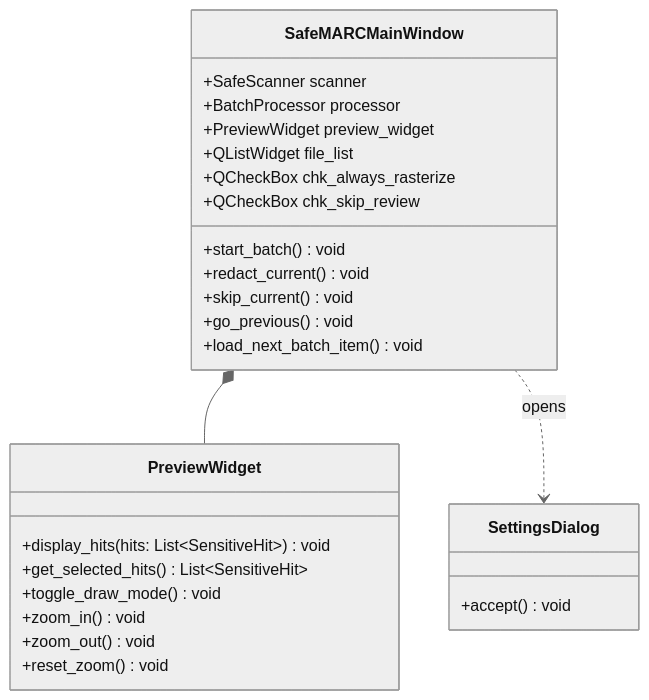
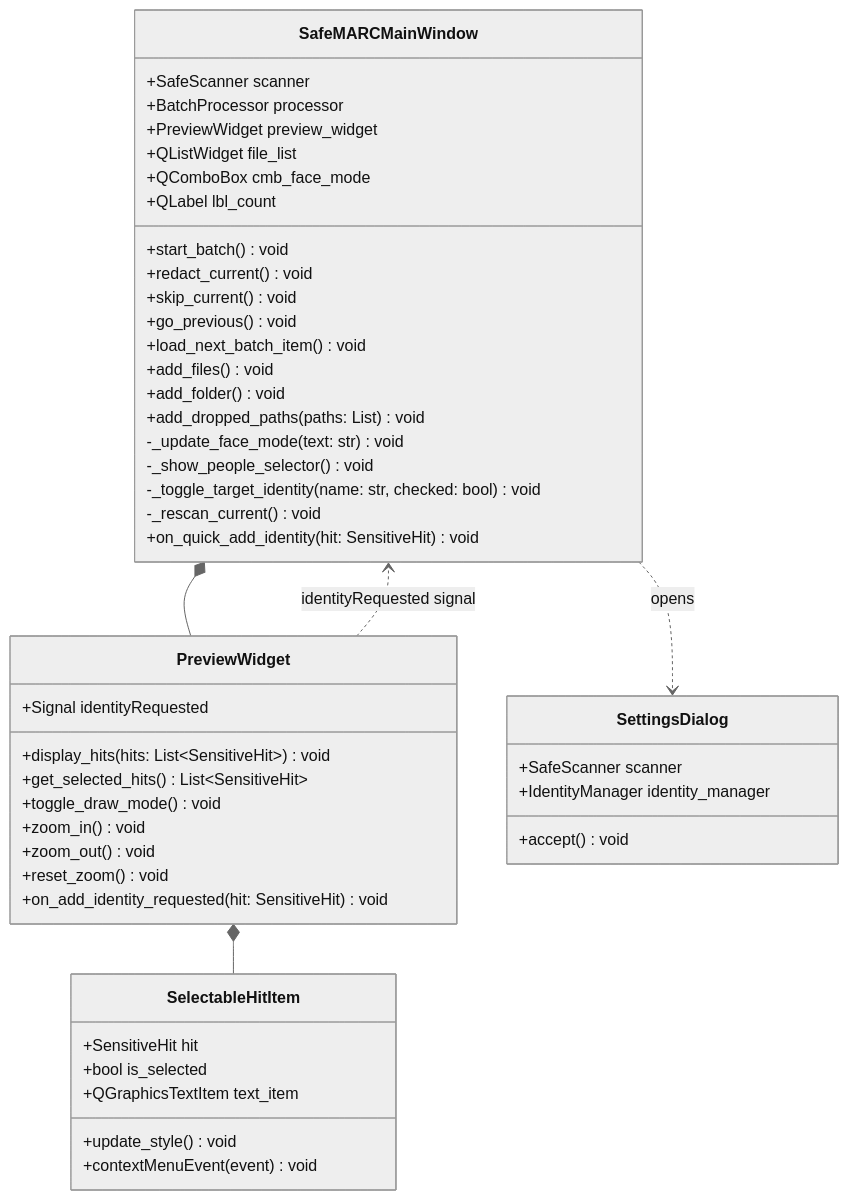
The third of 3 diagrams in docs/architecture/uml_classes.md (FurqanHun/SafeMARC), drawn with Mermaid (neutral theme) before and after one commit. The commit also changed other lines of this file and 2 other files, not shown here.

Commit message:
docs: update architecture diagrams with identity system
- UML: Add IdentityManager class, SFace fields, face_redaction_mode,
  target_identities, SelectableHitItem, identity signal flow
- Use Cases: Add identity management (UC4), face mode config (UC3),
  drag & drop queuing, SFace recognition steps
- Workflows: Add face identity recognition flow diagram, expand
  sequence diagram with IdentityManager/VisionDetector interaction,
  add quick-add identity workflow

````diff
--- a/docs/architecture/uml_classes.md
+++ b/docs/architecture/uml_classes.md
@@ -87,34 +111,56 @@
 ```mermaid
 classDiagram
     direction TB
 
     class SafeMARCMainWindow {
         +SafeScanner scanner
         +BatchProcessor processor
         +PreviewWidget preview_widget
         +QListWidget file_list
-        +QCheckBox chk_always_rasterize
-        +QCheckBox chk_skip_review
+        +QComboBox cmb_face_mode
+        +QLabel lbl_count
         +start_batch() void
         +redact_current() void
         +skip_current() void
         +go_previous() void
         +load_next_batch_item() void
+        +add_files() void
+        +add_folder() void
+        +add_dropped_paths(paths: List) void
+        -_update_face_mode(text: str) void
+        -_show_people_selector() void
+        -_toggle_target_identity(name: str, checked: bool) void
+        -_rescan_current() void
+        +on_quick_add_identity(hit: SensitiveHit) void
     }
 
     class PreviewWidget {
+        +Signal identityRequested
         +display_hits(hits: List~SensitiveHit~) void
         +get_selected_hits() List~SensitiveHit~
         +toggle_draw_mode() void
         +zoom_in() void
         +zoom_out() void
         +reset_zoom() void
+        +on_add_identity_requested(hit: SensitiveHit) void
+    }
+
+    class SelectableHitItem {
+        +SensitiveHit hit
+        +bool is_selected
+        +QGraphicsTextItem text_item
+        +update_style() void
+        +contextMenuEvent(event) void
     }
 
     class SettingsDialog {
+        +SafeScanner scanner
+        +IdentityManager identity_manager
         +accept() void
     }
 
     SafeMARCMainWindow *-- PreviewWidget
     SafeMARCMainWindow ..> SettingsDialog : opens
+    PreviewWidget *-- SelectableHitItem
+    PreviewWidget ..> SafeMARCMainWindow : identityRequested signal
 ```
````
